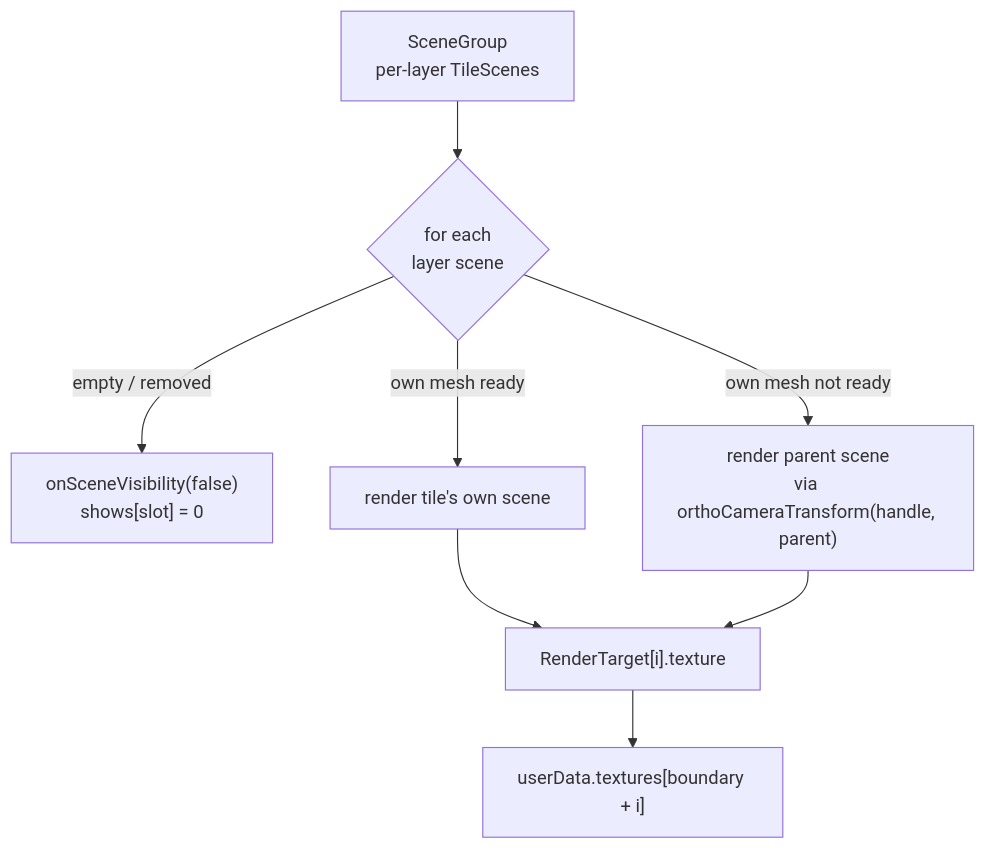
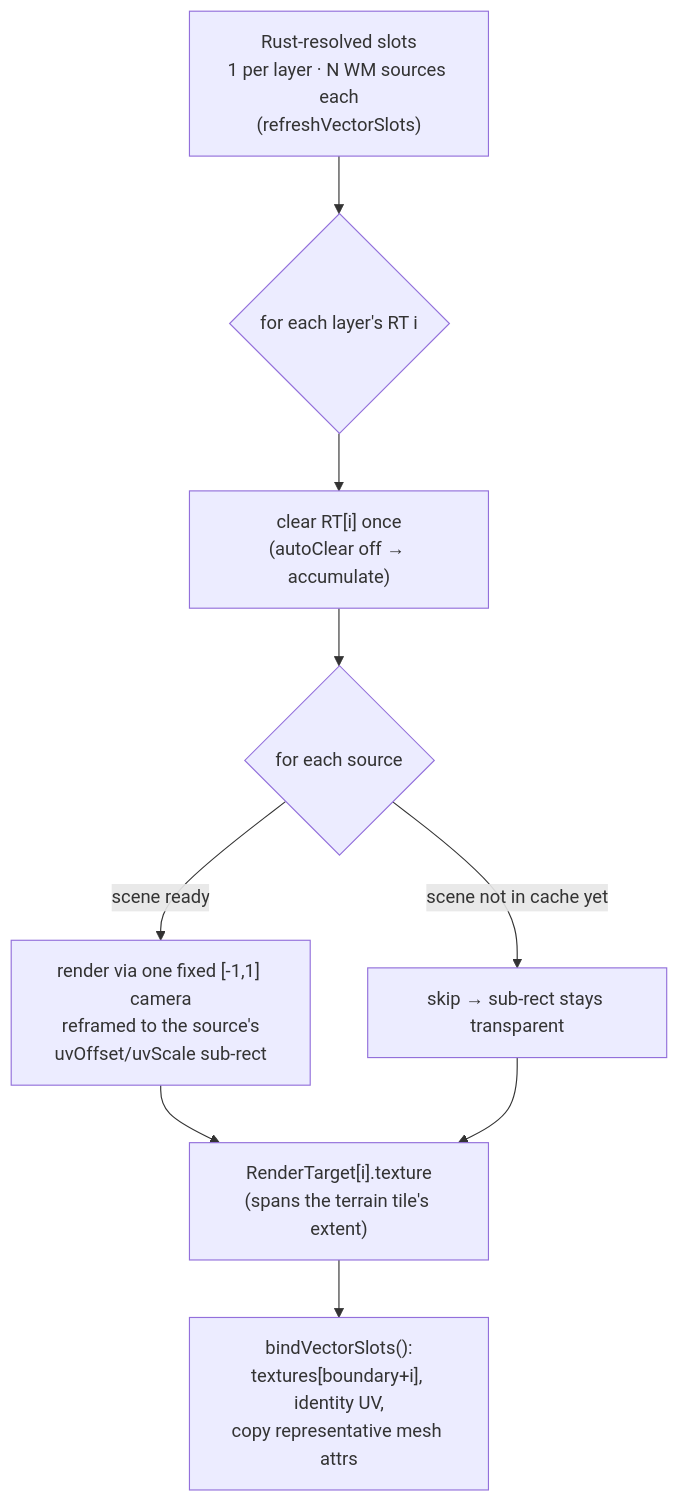
Before and after one commit to matrix9neonebuchadnezzar2199-sketch/navara: the third of 8 diagrams in guide/TILE_TEXTURE_COMPOSITING.md, drawn with Mermaid. The commit also changed other lines of this file and 35 other files, not shown here.

First line of the commit message:
feat: support vector tile on quantized-mesh (#669)

````diff
--- a/guide/TILE_TEXTURE_COMPOSITING.md
+++ b/guide/TILE_TEXTURE_COMPOSITING.md
@@ -121,10 +128,11 @@
 ```mermaid
 flowchart TD
-  SG["SceneGroup<br/>per-layer TileScenes"] --> LOOP{"for each<br/>layer scene"}
-  LOOP -->|"empty / removed"| HIDE["onSceneVisibility(false)<br/>shows[slot] = 0"]
-  LOOP -->|"own mesh ready"| OWN["render tile's own scene"]
-  LOOP -->|"own mesh not ready"| PARENT["render parent scene<br/>via orthoCameraTransform(handle, parent)"]
-  OWN --> RT["RenderTarget[i].texture"]
-  PARENT --> RT
-  RT --> SLOT["userData.textures[boundary + i]"]
+  RES["Rust-resolved slots<br/>1 per layer · N WM sources each<br/>(refreshVectorSlots)"] --> LOOP{"for each layer's RT i"}
+  LOOP --> CLR["clear RT[i] once<br/>(autoClear off → accumulate)"]
+  CLR --> SRC{"for each source"}
+  SRC -->|"scene not in cache yet"| SKIP["skip → sub-rect stays transparent"]
+  SRC -->|"scene ready"| DRAW["render via one fixed [-1,1] camera<br/>reframed to the source's<br/>uvOffset/uvScale sub-rect"]
+  DRAW --> RT["RenderTarget[i].texture<br/>(spans the terrain tile's extent)"]
+  SKIP --> RT
+  RT --> BIND["bindVectorSlots():<br/>textures[boundary+i], identity UV,<br/>copy representative mesh attrs"]
 ```
````
